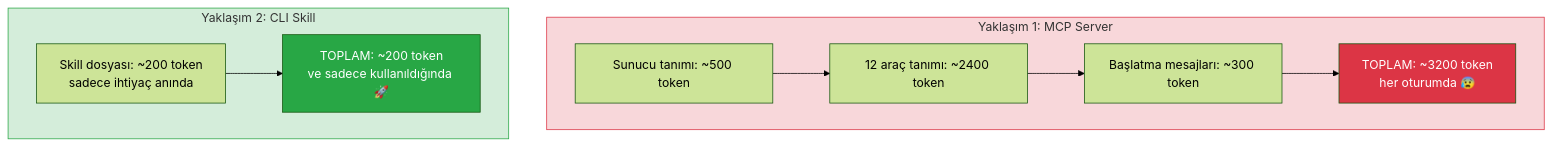
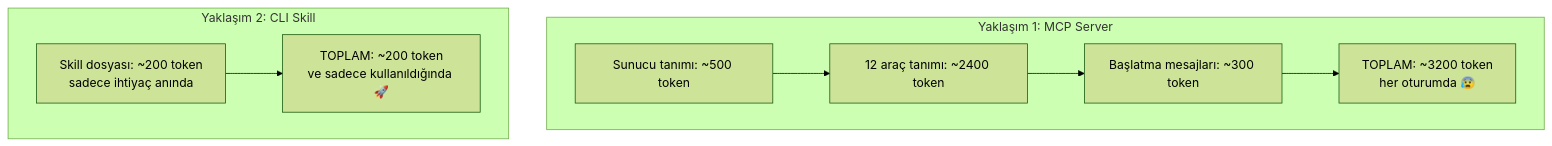
One commit to IzzetYasinAtes/ClaudeCodeHandbook changed the third of 3 diagrams in 11-mcp/05-mcp-vs-skills-ne-zaman-hangisi.md. Above: the diagram before and after it, drawn with Mermaid (forest theme). The commit also changed other lines of this file and 97 other files, not shown here.

Commit message:
Remove all custom Mermaid style/fill colors from 98 markdown files for consistent dark theme rendering

````diff
--- a/11-mcp/05-mcp-vs-skills-ne-zaman-hangisi.md
+++ b/11-mcp/05-mcp-vs-skills-ne-zaman-hangisi.md
@@ -96,23 +92,19 @@
 ```mermaid
 flowchart TD
     subgraph mcp_approach ["Yaklaşım 1: MCP Server"]
         M_DEF["Sunucu tanımı: ~500 token"]
         M_TOOLS["12 araç tanımı: ~2400 token"]
         M_INIT["Başlatma mesajları: ~300 token"]
         M_TOTAL["TOPLAM: ~3200 token<br/>her oturumda 😰"]
 
         M_DEF --> M_TOOLS --> M_INIT --> M_TOTAL
     end
 
     subgraph skill_approach ["Yaklaşım 2: CLI Skill"]
         S_FILE["Skill dosyası: ~200 token<br/>sadece ihtiyaç anında"]
         S_TOTAL["TOPLAM: ~200 token<br/>ve sadece kullanıldığında 🚀"]
 
         S_FILE --> S_TOTAL
     end
 
-    style mcp_approach fill:#f8d7da,stroke:#dc3545
-    style skill_approach fill:#d4edda,stroke:#28a745
-    style M_TOTAL fill:#dc3545,color:#fff
-    style S_TOTAL fill:#28a745,color:#fff
 ```
````
